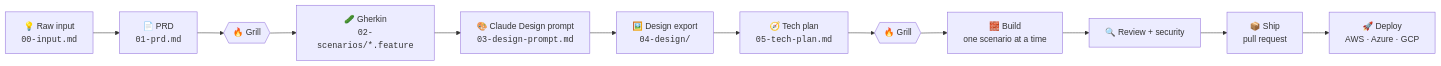
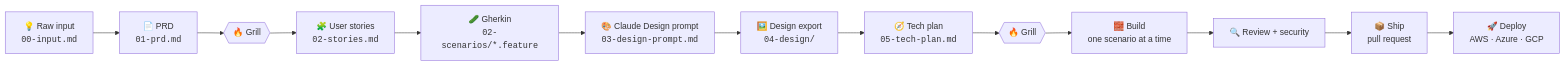
The diagram in docs/workflow.md (Nossulenko/shipright), drawn with Mermaid before and after one commit. The commit also changed other lines of this file and 63 other files, not shown here.

````diff
--- a/docs/workflow.md
+++ b/docs/workflow.md
@@ -5,14 +5,15 @@
 ```mermaid
 flowchart LR
     A[💡 Raw input<br/><code>00-input.md</code>] --> B[📄 PRD<br/><code>01-prd.md</code>]
     B --> G1{{🔥 Grill}}
-    G1 --> C[🥒 Gherkin<br/><code>02-scenarios/*.feature</code>]
+    G1 --> S[🧩 User stories<br/><code>02-stories.md</code>]
+    S --> C[🥒 Gherkin<br/><code>02-scenarios/*.feature</code>]
     C --> D[🎨 Claude Design prompt<br/><code>03-design-prompt.md</code>]
     D --> E[🖼️ Design export<br/><code>04-design/</code>]
     E --> F[🧭 Tech plan<br/><code>05-tech-plan.md</code>]
     F --> G2{{🔥 Grill}}
     G2 --> H[🧱 Build<br/>one scenario at a time]
     H --> I[🔍 Review + security]
     I --> J[📦 Ship<br/>pull request]
     J --> K[🚀 Deploy<br/>AWS · Azure · GCP]
 ```
````
